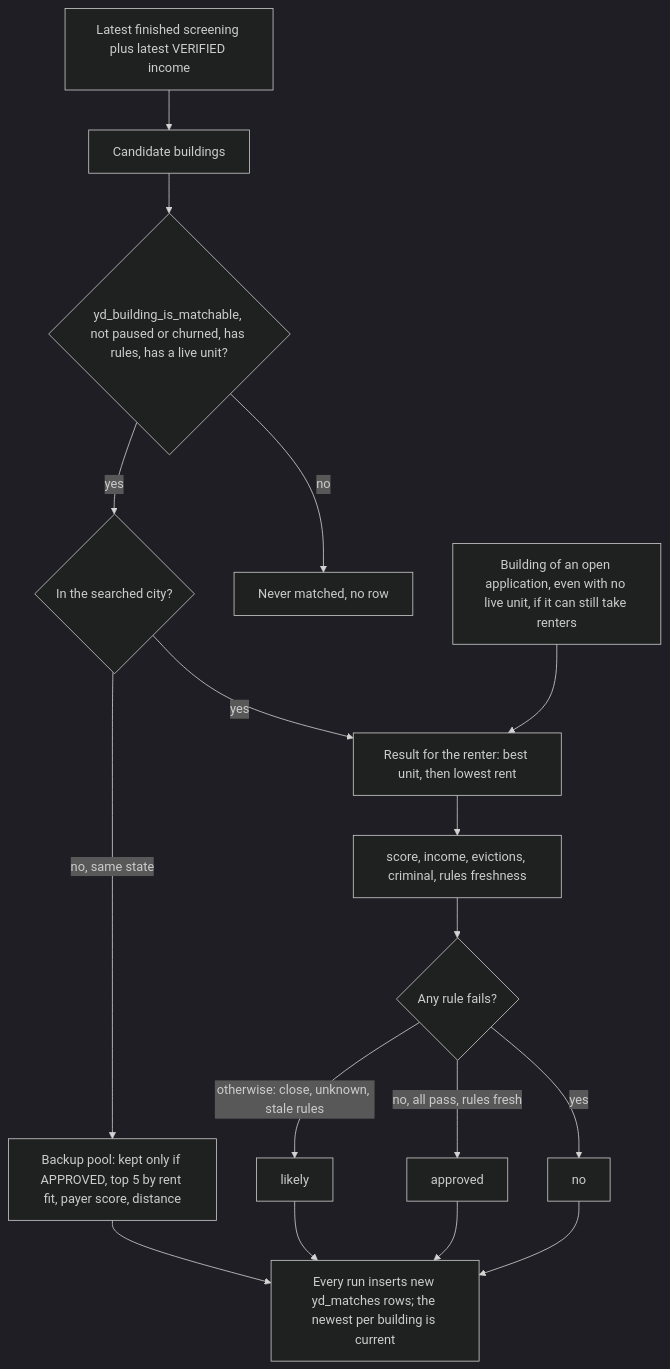
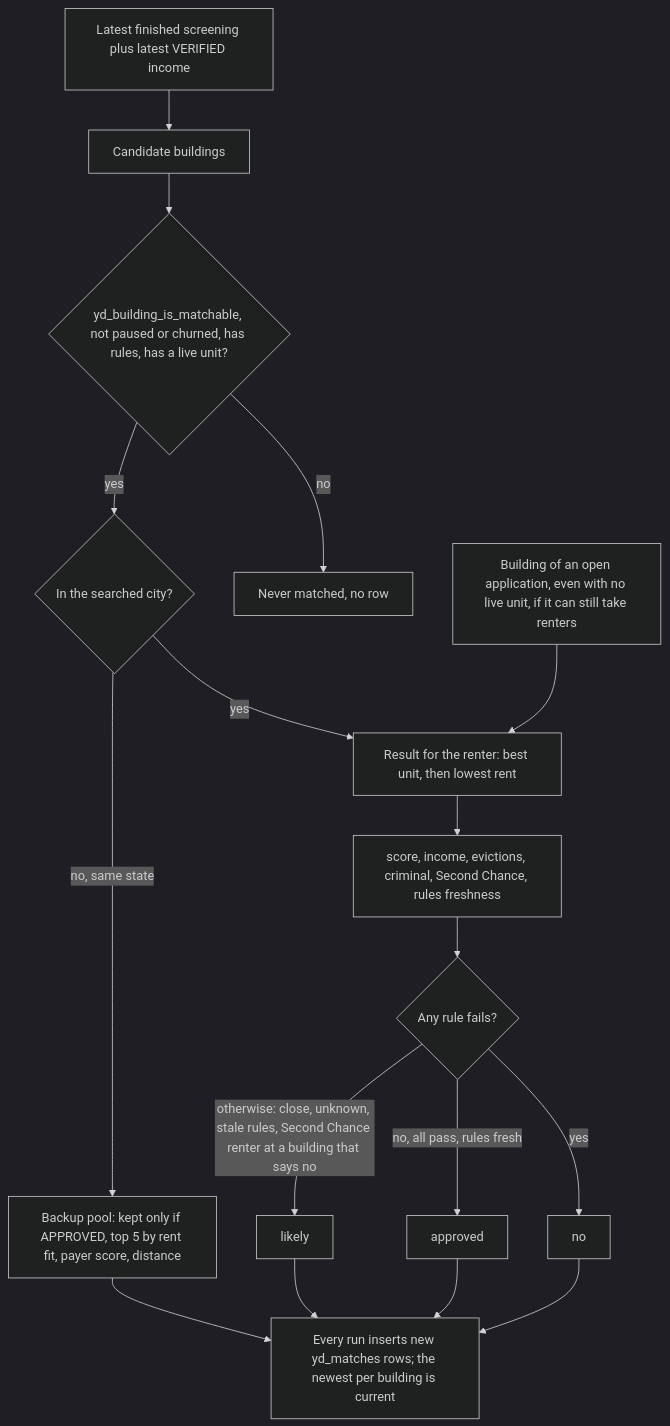
Before and after one commit to ZootimusMaximusSupreme/Fundhub_ai: the tenth of 19 diagrams in docs/journeys/yesdoor-flow.md, drawn with Mermaid (dark theme). The commit also changed other lines of this file and 10 other files, not shown here.

First line of the commit message:
Yesdoor I2: journeys updated (sign-out, staff-made logins, signing page, Second Chance, criminal keys)

````diff
--- a/docs/journeys/yesdoor-flow.md
+++ b/docs/journeys/yesdoor-flow.md
@@ -220,19 +223,19 @@
 ```mermaid
 flowchart TD
     R[Latest finished screening plus latest VERIFIED income] --> C[Candidate buildings]
     C --> Q{yd_building_is_matchable, not paused or churned, has rules, has a live unit?}
     Q -->|no| SK[Never matched, no row]
     Q -->|yes| A{In the searched city?}
     A -->|yes| AR[Result for the renter: best unit, then lowest rent]
     A -->|no, same state| PO[Backup pool: kept only if APPROVED, top 5 by rent fit, payer score, distance]
     OA[Building of an open application, even with no live unit, if it can still take renters] --> AR
-    AR --> RULE[score, income, evictions, criminal, rules freshness]
+    AR --> RULE[score, income, evictions, criminal, Second Chance, rules freshness]
     RULE --> RES{Any rule fails?}
     RES -->|yes| NO[no]
     RES -->|no, all pass, rules fresh| AP[approved]
-    RES -->|otherwise: close, unknown, stale rules| LI[likely]
+    RES -->|otherwise: close, unknown, stale rules, Second Chance renter at a building that says no| LI[likely]
     NO --> ST[Every run inserts new yd_matches rows; the newest per building is current]
     AP --> ST
     LI --> ST
     PO --> ST
 ```
````
